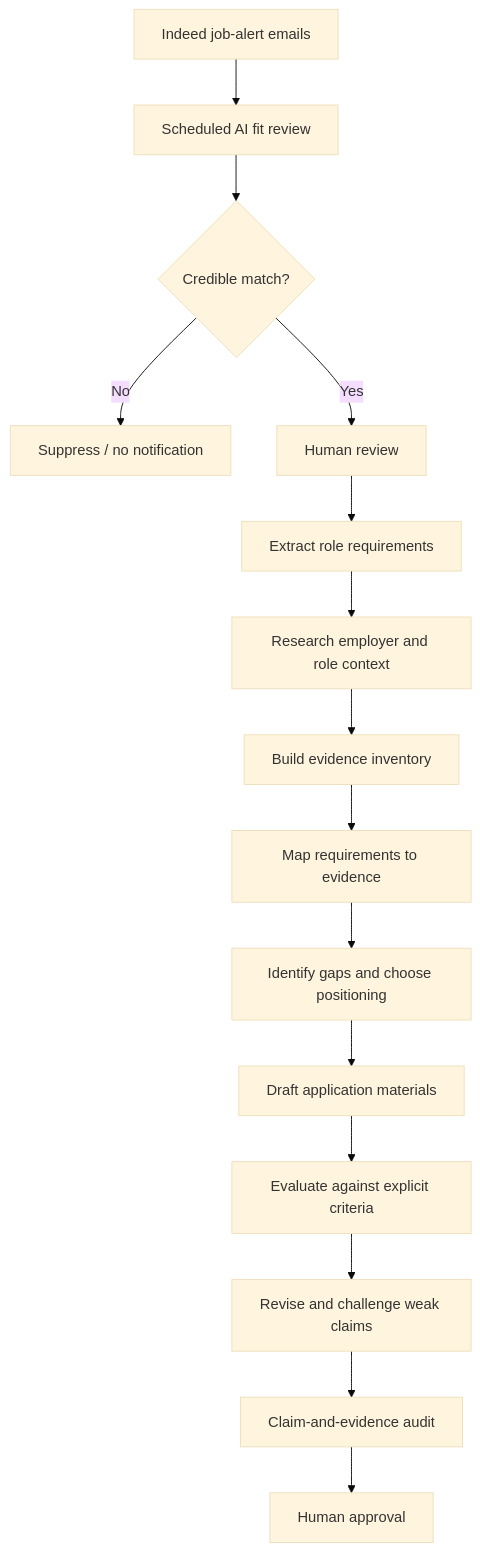
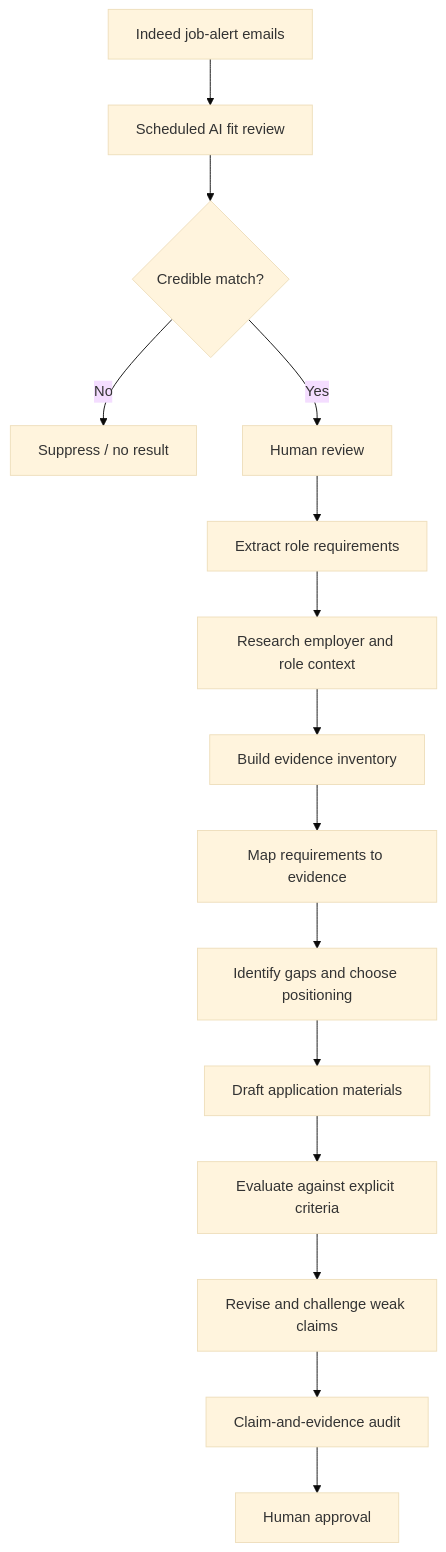
Before and after one commit to jdohertydev/evidence-driven-ai-job-search: the diagram in README.md, drawn with Mermaid (base theme). The commit also changed other lines of this file, not shown here.

````diff
--- a/README.md
+++ b/README.md
@@ -23,17 +25,17 @@
 ```mermaid
 flowchart TD
     A[Indeed job-alert emails] --> B[Scheduled AI fit review]
     B --> C{Credible match?}
-    C -- No --> D[Suppress / no notification]
+    C -- No --> D[Suppress / no result]
     C -- Yes --> E[Human review]
     E --> F[Extract role requirements]
     F --> G[Research employer and role context]
     G --> H[Build evidence inventory]
     H --> I[Map requirements to evidence]
     I --> J[Identify gaps and choose positioning]
     J --> K[Draft application materials]
     K --> L[Evaluate against explicit criteria]
     L --> M[Revise and challenge weak claims]
     M --> N[Claim-and-evidence audit]
     N --> O[Human approval]
 ```
````
